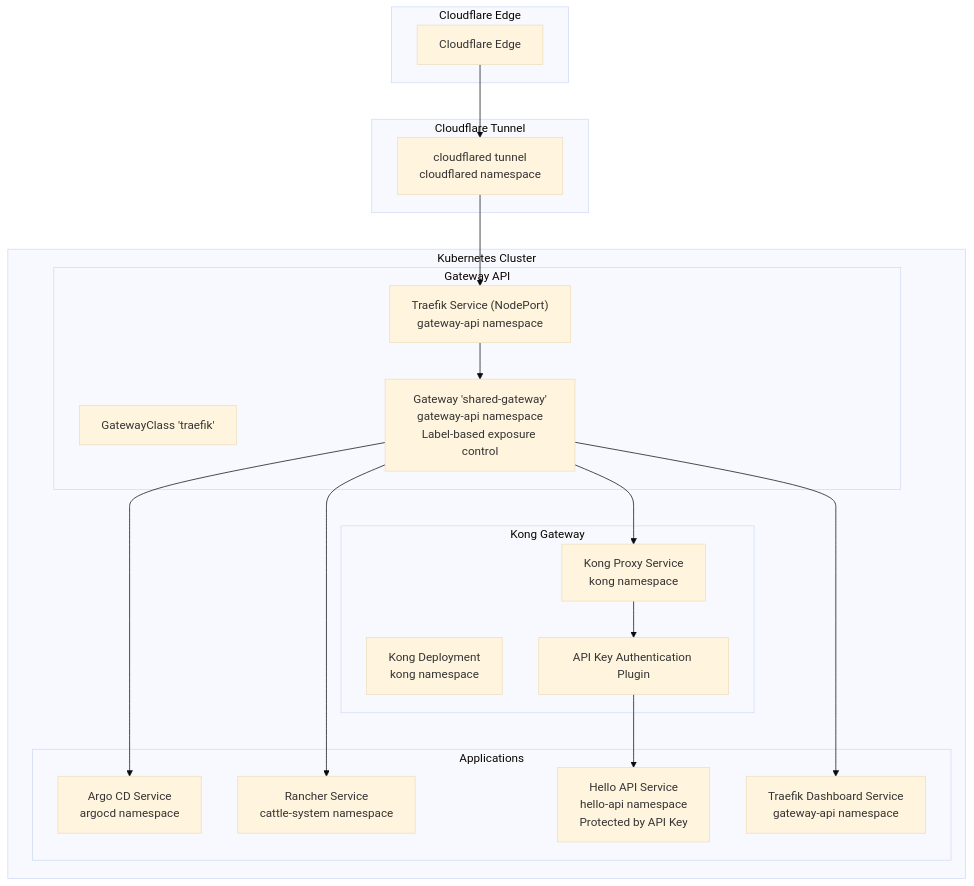
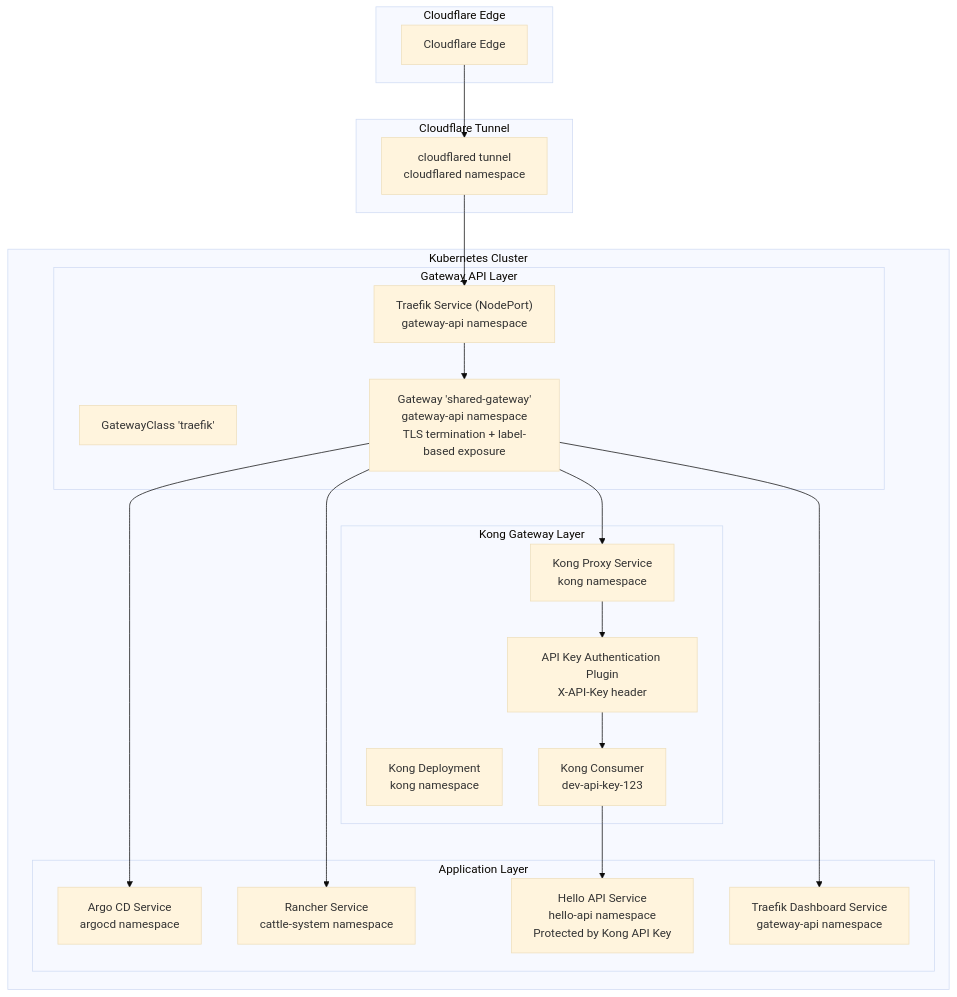
One commit to Hoangvu75/k8s_manifest changed the first of 3 diagrams in .qoder/repowiki/en/content/Architecture and Design/Network Flow and Ingress Architecture.md. Above: the diagram before and after it, drawn with Mermaid (base theme). The commit also changed other lines of this file and 4 other files, not shown here.

````diff
--- a/.qoder/repowiki/en/content/Architecture and Design/Network Flow and Ingress Architecture.md
+++ b/.qoder/repowiki/en/content/Architecture and Design/Network Flow and Ingress Architecture.md
@@ -57,36 +55,38 @@
 ```mermaid
 graph TB
 subgraph "Cloudflare Edge"
 CF["Cloudflare Edge"]
 end
 subgraph "Cloudflare Tunnel"
 CF_TUNNEL["cloudflared tunnel<br/>cloudflared namespace"]
 end
 subgraph "Kubernetes Cluster"
-subgraph "Gateway API"
+subgraph "Gateway API Layer"
 GWCLASS["GatewayClass 'traefik'"]
-GATEWAY["Gateway 'shared-gateway'<br/>gateway-api namespace<br/>Label-based exposure control"]
+GATEWAY["Gateway 'shared-gateway'<br/>gateway-api namespace<br/>TLS termination + label-based exposure"]
 TRAEFIK_SVC["Traefik Service (NodePort)<br/>gateway-api namespace"]
 end
-subgraph "Kong Gateway"
+subgraph "Kong Gateway Layer"
 KONG_DEPLOY["Kong Deployment<br/>kong namespace"]
 KONG_PROXY["Kong Proxy Service<br/>kong namespace"]
-KONG_PLUGIN["API Key Authentication Plugin"]
+KONG_PLUGIN["API Key Authentication Plugin<br/>X-API-Key header"]
+KONG_CONSUMER["Kong Consumer<br/>dev-api-key-123"]
 end
-subgraph "Applications"
+subgraph "Application Layer"
 ARGOCD["Argo CD Service<br/>argocd namespace"]
 RANCHER["Rancher Service<br/>cattle-system namespace"]
-HELLOAPI["Hello API Service<br/>hello-api namespace<br/>Protected by API Key"]
+HELLOAPI["Hello API Service<br/>hello-api namespace<br/>Protected by Kong API Key"]
 DASHBOARD["Traefik Dashboard Service<br/>gateway-api namespace"]
 end
 end
 CF --> CF_TUNNEL
 CF_TUNNEL --> TRAEFIK_SVC
 TRAEFIK_SVC --> GATEWAY
 GATEWAY --> KONG_PROXY
 KONG_PROXY --> KONG_PLUGIN
-KONG_PLUGIN --> HELLOAPI
+KONG_PLUGIN --> KONG_CONSUMER
+KONG_CONSUMER --> HELLOAPI
 GATEWAY --> ARGOCD
 GATEWAY --> RANCHER
 GATEWAY --> DASHBOARD
 ```
````
